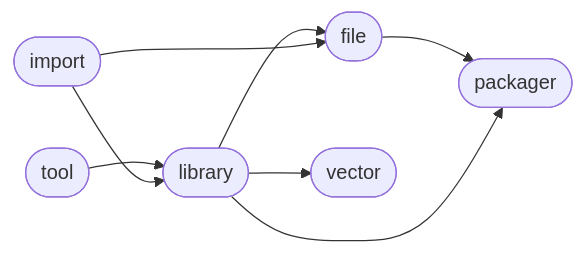
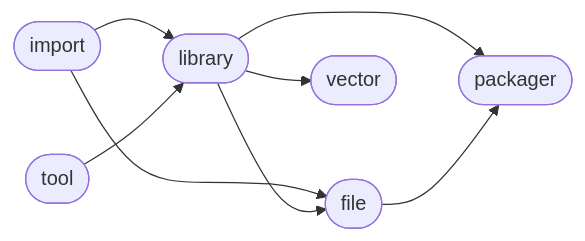
One commit to Mandera/Mandera changed the diagram in README.md. Above: the diagram before and after it, drawn with Mermaid. The commit also changed other lines of this file, not shown here.

````diff
--- a/README.md
+++ b/README.md
@@ -6,16 +6,16 @@
 ```mermaid
 flowchart LR
-3([file]) --> 5([packager])
-2([library]) --> 3([file])
-1([tool]) --> 2([library])
 2([library]) --> 5([packager])
+0([import]) --> 3([file])
 2([library]) --> 4([vector])
 0([import]) --> 2([library])
-0([import]) --> 3([file])
+1([tool]) --> 2([library])
+2([library]) --> 3([file])
+3([file]) --> 5([packager])
 click 0 "https://github.com/ManderaGeneral/generalimport"
 click 1 "https://github.com/ManderaGeneral/generaltool"
 click 2 "https://github.com/ManderaGeneral/generallibrary"
 click 3 "https://github.com/ManderaGeneral/generalfile"
 click 4 "https://github.com/ManderaGeneral/generalvector"
 click 5 "https://github.com/ManderaGeneral/generalpackager"
 ```
````
